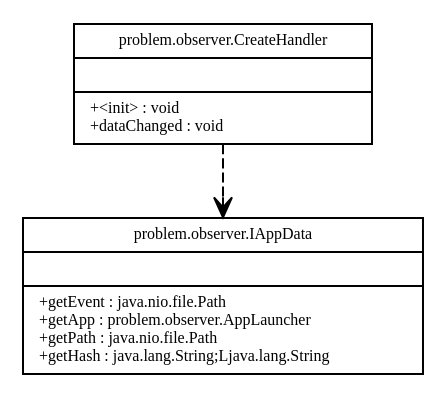
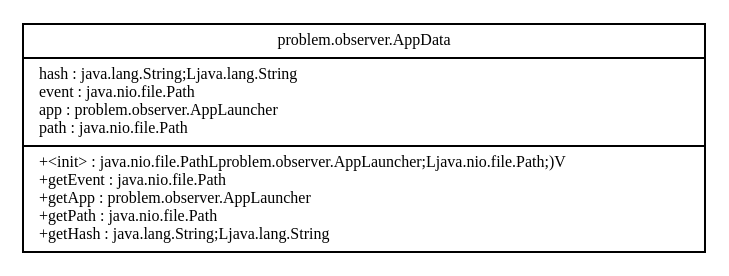
Before and after one commit to schnip/BluePizzaDiagrams: the diagram in dot/out.dot, drawn with Graphviz. The commit also changed 2 other files, not shown here.

```diff
--- a/dot/out.dot
+++ b/dot/out.dot
@@ -1,24 +1,20 @@
 digraph G {
 fontname = "Bitstream Vera Sans"
 fontsize = 8
 node [
 fontname = "Bitstream Vera Sans"
 fontsize = 8
 shape = "record"
 ]
 edge [
 fontname = "Bitstream Vera Sans"
 fontsize = 8
 ]
-problemobserverIAppData [
-label = "{problem.observer.IAppData||+getEvent : java.nio.file.Path\l+getApp : problem.observer.AppLauncher\l+getPath : java.nio.file.Path\l+getHash : java.lang.String;Ljava.lang.String\l}"
-]
-problemobserverCreateHandler [
-label = "{problem.observer.CreateHandler||+\<init\> : void\l+dataChanged : void\l}"
+problemobserverAppData [
+label = "{problem.observer.AppData|hash : java.lang.String;Ljava.lang.String\levent : java.nio.file.Path\lapp : problem.observer.AppLauncher\lpath : java.nio.file.Path\l|+\<init\> : java.nio.file.PathLproblem.observer.AppLauncher;Ljava.nio.file.Path;)V\l+getEvent : java.nio.file.Path\l+getApp : problem.observer.AppLauncher\l+getPath : java.nio.file.Path\l+getHash : java.lang.String;Ljava.lang.String\l}"
 ]
 edge [ arrowhead = "empty", style = "none" ]
 edge [ arrowhead = "empty", style = "dashed" ]
 edge [ arrowhead = "vee", style = "dashed" ]
-problemobserverCreateHandler -> problemobserverIAppData
 edge [ arrowhead = "vee", style = "none" ]
 }
```
